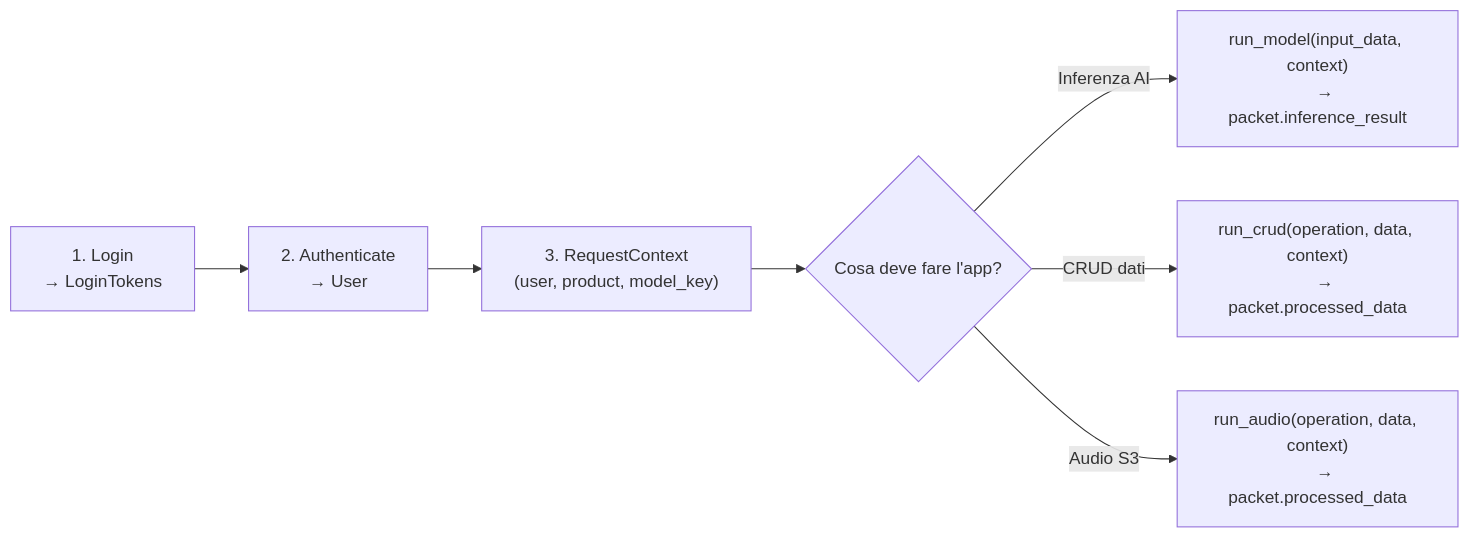
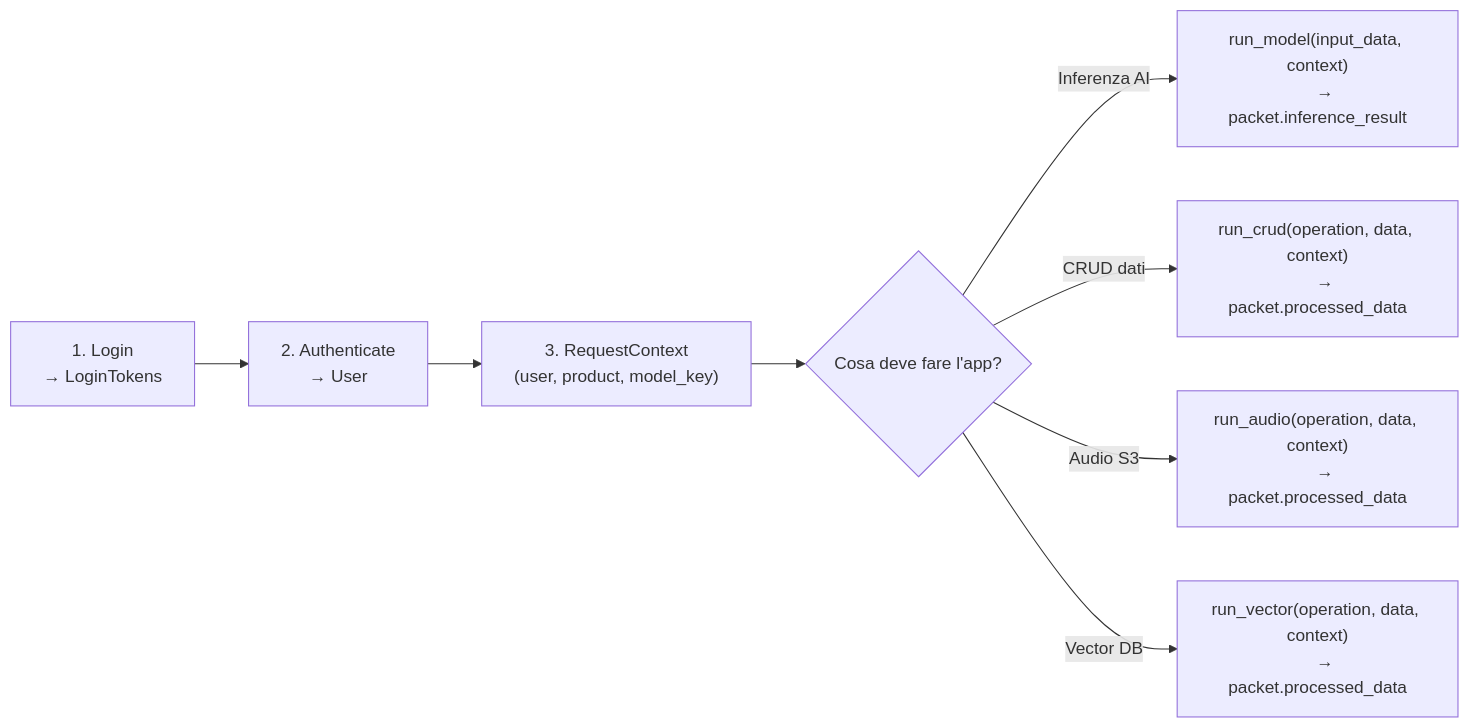
Before and after one commit to ianuacare/ianua-library: the second of 2 diagrams in docs/application-integration-flow.md, drawn with Mermaid. The commit also changed other lines of this file and 7 other files, not shown here.

````diff
--- a/docs/application-integration-flow.md
+++ b/docs/application-integration-flow.md
@@ -424,15 +483,17 @@
 ```mermaid
 flowchart LR
     Login["1. Login
     → LoginTokens"] --> Auth["2. Authenticate
     → User"]
     Auth --> Ctx["3. RequestContext
     (user, product, model_key)"]
     Ctx --> Choice{Cosa deve fare l'app?}
     Choice -->|"Inferenza AI"| RunModel["run_model(input_data, context)
     → packet.inference_result"]
     Choice -->|"CRUD dati"| RunCrud["run_crud(operation, data, context)
     → packet.processed_data"]
     Choice -->|"Audio S3"| RunAudio["run_audio(operation, data, context)
     → packet.processed_data"]
+    Choice -->|"Vector DB"| RunVector["run_vector(operation, data, context)
+    → packet.processed_data"]
 ```
````
